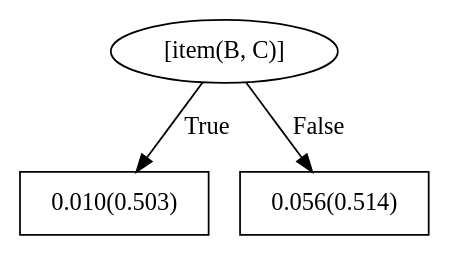
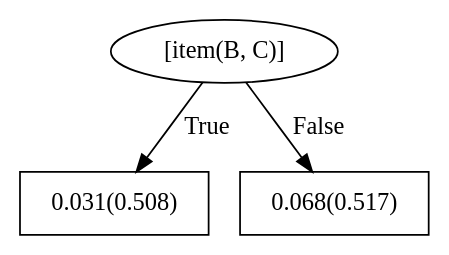
Before and after one commit to vnagpal25/BEACON: the diagram in boosted_bandit/trial2/train/models/bRDNs/dotFiles/WILLTreeFor_recommendation15.dot, drawn with Graphviz. The commit also changed 255 other files, not shown here.

```diff
--- a/boosted_bandit/trial2/train/models/bRDNs/dotFiles/WILLTreeFor_recommendation15.dot
+++ b/boosted_bandit/trial2/train/models/bRDNs/dotFiles/WILLTreeFor_recommendation15.dot
@@ -1,7 +1,7 @@
 digraph G{ 
 1[label = "[item(B, C)]"];
 1 -> 2[label="True"];
 1 -> 3[label="False"];
-2[shape = box,label = "0.010(0.503)"];
-3[shape = box,label = "0.056(0.514)"];
+2[shape = box,label = "0.031(0.508)"];
+3[shape = box,label = "0.068(0.517)"];
 }
```
